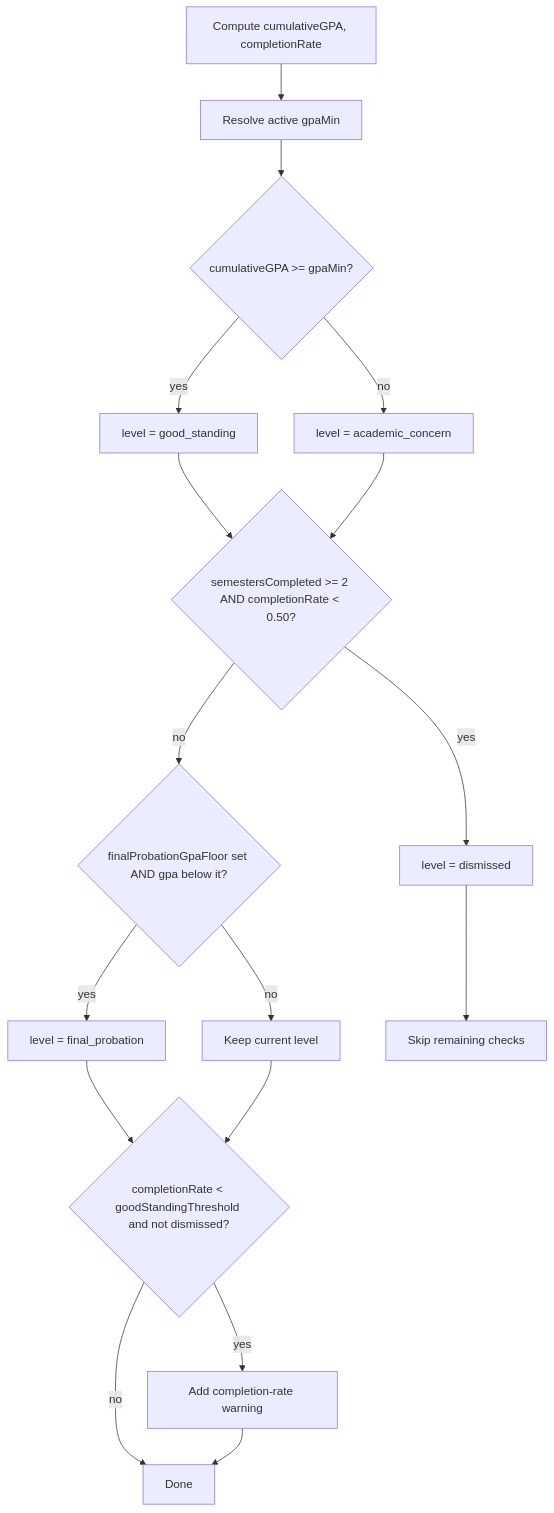
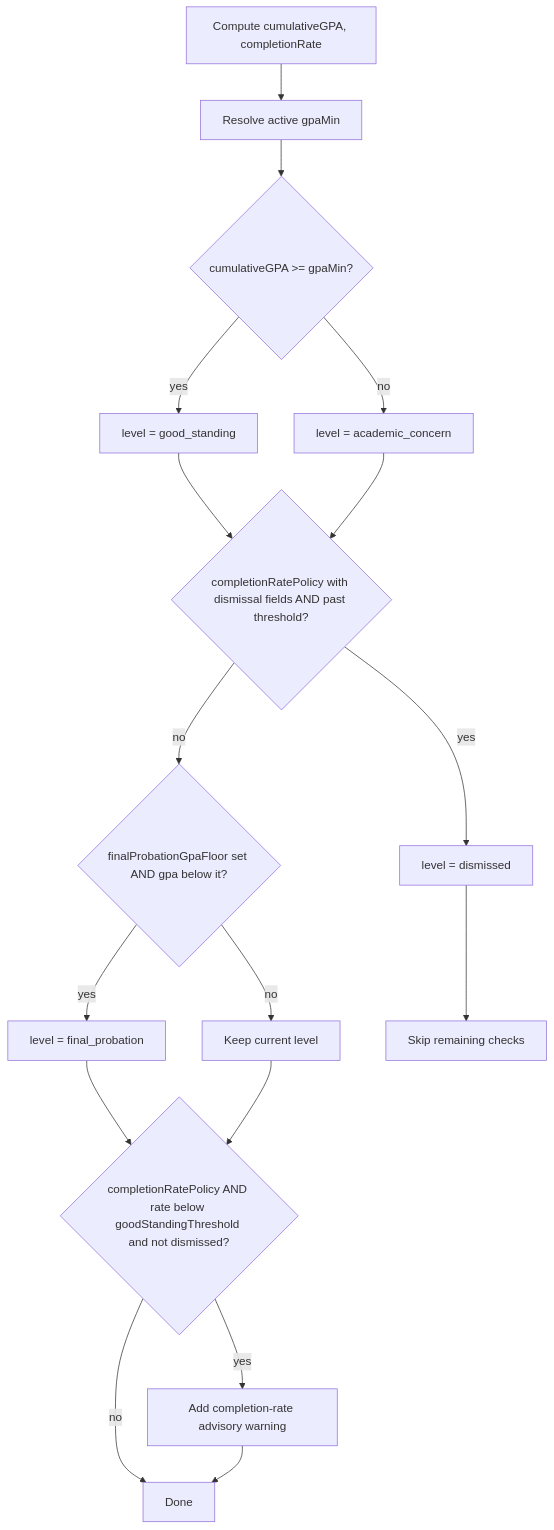
One commit to EdoardoMongardi/NYU_Path changed the second of 2 diagrams in Docs/current-system/tools/get_academic_standing.md. Above: the diagram before and after it, drawn with Mermaid. The commit also changed other lines of this file and 73 other files, not shown here.

````diff
--- a/Docs/current-system/tools/get_academic_standing.md
+++ b/Docs/current-system/tools/get_academic_standing.md
@@ -229,19 +212,19 @@
 ```mermaid
 flowchart TD
     A[Compute cumulativeGPA, completionRate] --> B[Resolve active gpaMin]
     B --> C{cumulativeGPA >= gpaMin?}
     C -- yes --> D[level = good_standing]
     C -- no --> E[level = academic_concern]
-    D --> F{semestersCompleted >= 2 AND completionRate < 0.50?}
+    D --> F{completionRatePolicy with dismissal fields AND past threshold?}
     E --> F
     F -- yes --> G[level = dismissed]
     F -- no --> H{finalProbationGpaFloor set AND gpa below it?}
     H -- yes --> I[level = final_probation]
     H -- no --> J[Keep current level]
     G --> K[Skip remaining checks]
-    I --> L{completionRate < goodStandingThreshold and not dismissed?}
+    I --> L{completionRatePolicy AND rate below goodStandingThreshold and not dismissed?}
     J --> L
-    L -- yes --> M[Add completion-rate warning]
+    L -- yes --> M[Add completion-rate advisory warning]
     L -- no --> N[Done]
     M --> N
 ```
````
